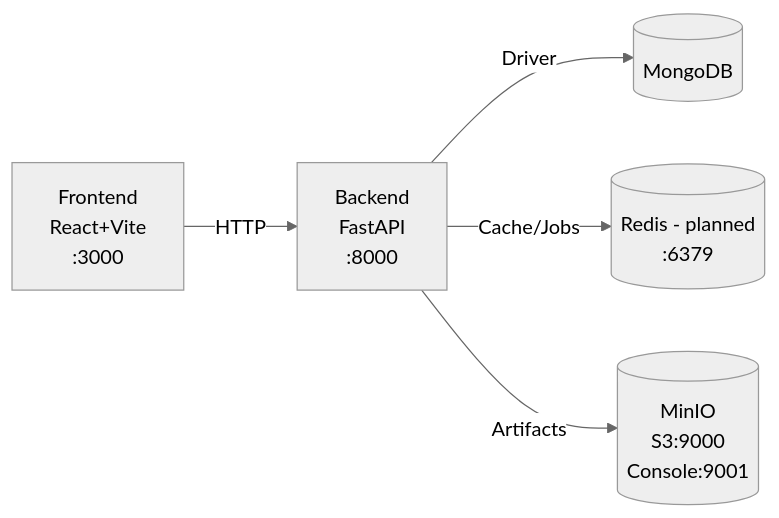
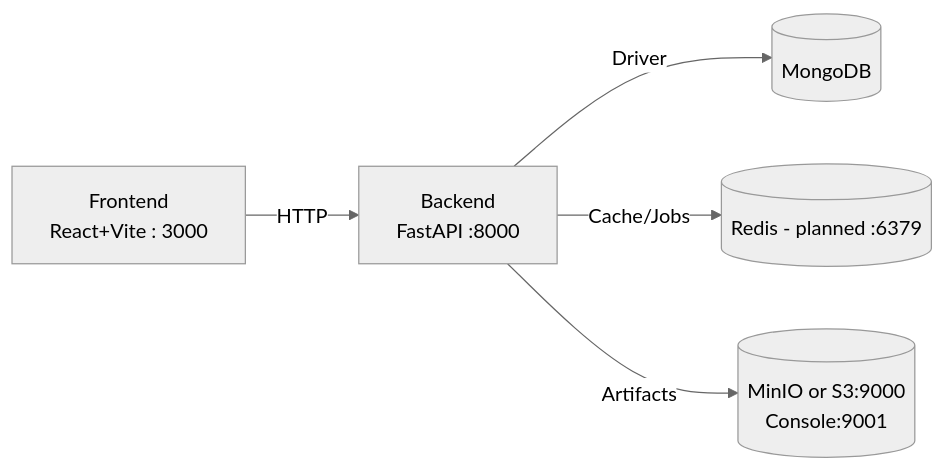
Before and after one commit to SaiDhinakar/M.A.R.L.IN-edna-species-classifier: the diagram in backend/docs/ARCH.md, drawn with Mermaid (neutral theme).

Commit message:
ARCH.md updated

````diff
--- a/backend/docs/ARCH.md
+++ b/backend/docs/ARCH.md
@@ -48,13 +48,16 @@
 ```mermaid
 graph LR
-	FE[Frontend\nReact+Vite\n:3000]
-	BE[Backend\nFastAPI\n:8000]
+	FE[Frontend
+    React+Vite : 3000]
+	BE[Backend
+    FastAPI :8000]
 	DB[(MongoDB)]
-	R[(Redis - planned\n:6379)]
-	S3[(MinIO\nS3:9000\nConsole:9001)]
+	R[(Redis - planned :6379)]
+	S3[(MinIO or S3:9000
+    Console:9001)]
 
 	FE -->|HTTP| BE
 	BE -->|Driver| DB
 	BE -->|Cache/Jobs| R
 	BE -->|Artifacts| S3
 ```
````
